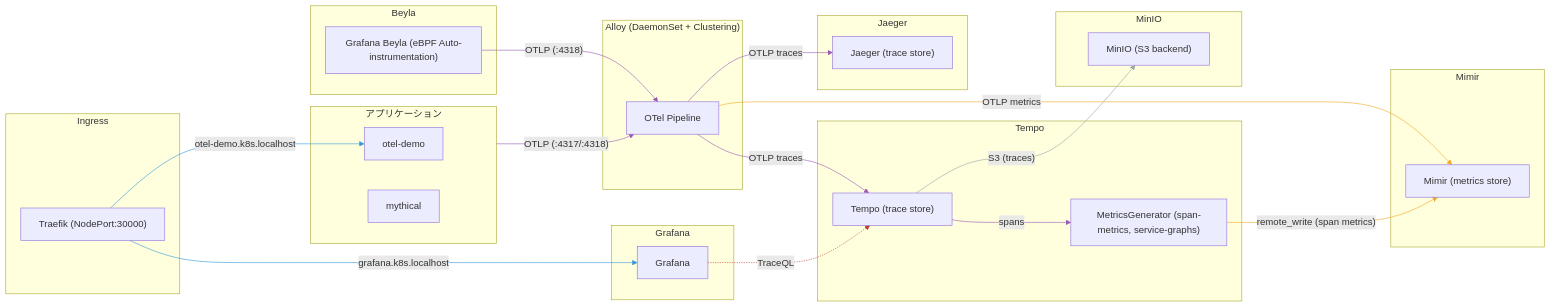
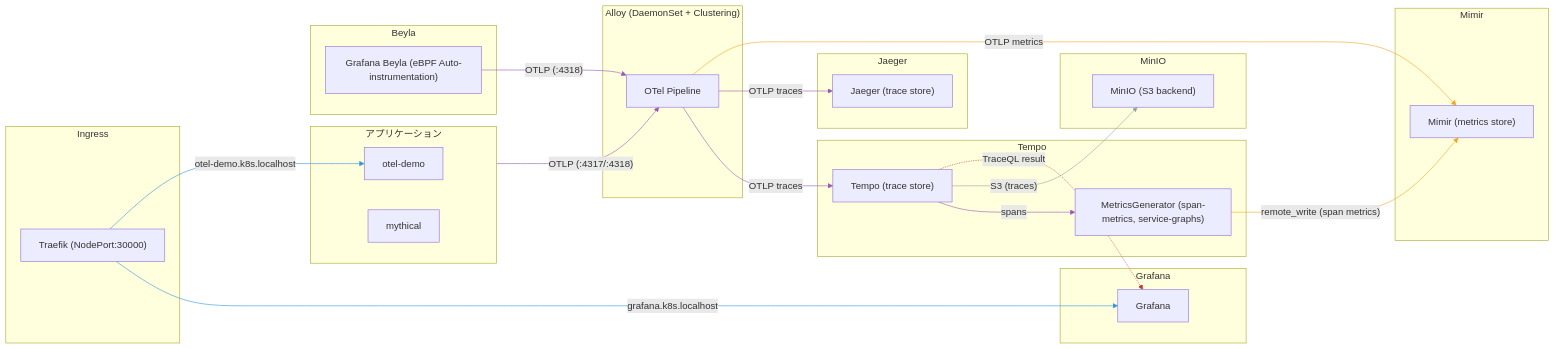
Before and after one commit to buzztaiki/sandbox: the third of 4 diagrams in k8s/alloy-lgtm-kubeprom/README.md, drawn with Mermaid. The commit also changed other lines of this file, not shown here.

First line of the commit message:
docs: fix dashed arrow directions and labels in diagrams

````diff
--- a/k8s/alloy-lgtm-kubeprom/README.md
+++ b/k8s/alloy-lgtm-kubeprom/README.md
@@ -149,64 +149,64 @@
 ```mermaid
 graph LR
     subgraph apps["アプリケーション"]
         otel_demo["otel-demo"]
         mythical["mythical"]
     end
 
     subgraph beyla_ns["Beyla"]
         beyla["Grafana Beyla (eBPF Auto-instrumentation)"]
     end
 
     subgraph alloy_ns["Alloy (DaemonSet + Clustering)"]
         alloy_otel["OTel Pipeline"]
     end
 
     subgraph tempo_ns["Tempo"]
         tempo["Tempo (trace store)"]
         tempo_mg["MetricsGenerator (span-metrics, service-graphs)"]
     end
 
     subgraph jaeger_ns["Jaeger"]
         jaeger["Jaeger (trace store)"]
     end
 
     subgraph mimir_ns["Mimir"]
         mimir["Mimir (metrics store)"]
     end
 
     subgraph minio_ns["MinIO"]
         minio["MinIO (S3 backend)"]
     end
 
     subgraph grafana_ns["Grafana"]
         grafana["Grafana"]
     end
 
     subgraph ingress["Ingress"]
         traefik["Traefik (NodePort:30000)"]
     end
 
     beyla t1@-->|"OTLP (:4318)"| alloy_otel
     apps t2@-->|"OTLP (:4317/:4318)"| alloy_otel
     alloy_otel t3@-->|"OTLP traces"| tempo
     alloy_otel t5@-->|"OTLP traces"| jaeger
     tempo t4@-->|"spans"| tempo_mg
     alloy_otel m2@-->|"OTLP metrics"| mimir
     tempo_mg m1@-->|"remote_write (span metrics)"| mimir
     tempo s1@-->|"S3 (traces)"| minio
-    grafana r1@-.->|"TraceQL"| tempo
+    tempo r1@-.->|"TraceQL result"| grafana
     traefik i1@-->|"grafana.k8s.localhost"| grafana
     traefik i2@-->|"otel-demo.k8s.localhost"| otel_demo
 
     classDef traces stroke:#9b59b6
     classDef metrics stroke:#f5a623
     classDef storage stroke:#95a5a6
     classDef read stroke:#c0392b
     classDef ingress stroke:#3498db
 
     class t1,t2,t3,t4,t5 traces
     class m1,m2 metrics
     class s1 storage
     class r1 read
     class i1,i2 ingress
 ```
````
